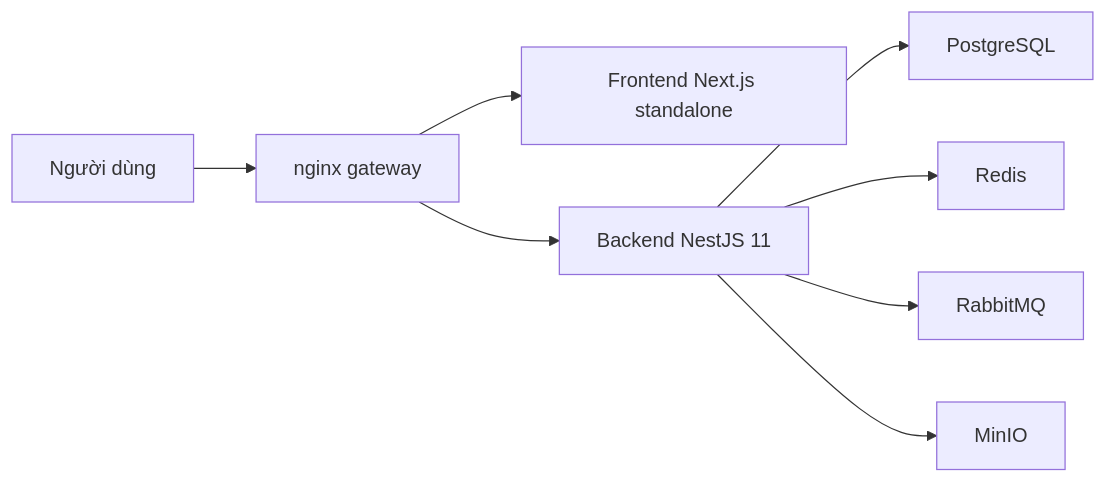
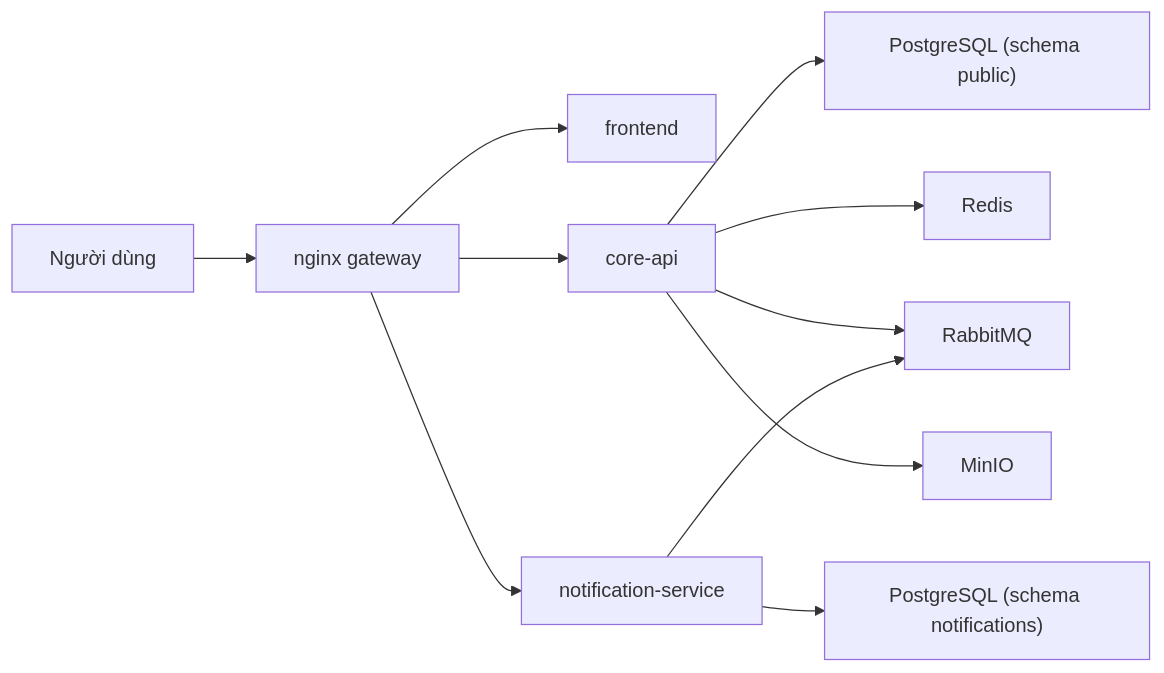
One commit to JasonTM17/CampusCore_FullStack_Individual changed the diagram in README.md. Above: the diagram before and after it, drawn with Mermaid. The commit also changed other lines of this file and 7 other files, not shown here.

````diff
--- a/README.md
+++ b/README.md
@@ -41,10 +25,13 @@
 ```mermaid
 flowchart LR
   U["Người dùng"] --> N["nginx gateway"]
-  N --> F["Frontend Next.js standalone"]
-  N --> B["Backend NestJS 11"]
-  B --> P["PostgreSQL"]
-  B --> R["Redis"]
-  B --> Q["RabbitMQ"]
-  B --> M["MinIO"]
+  N --> F["frontend"]
+  N --> C["core-api"]
+  N --> S["notification-service"]
+  C --> P["PostgreSQL (schema public)"]
+  S --> PN["PostgreSQL (schema notifications)"]
+  C --> R["Redis"]
+  C --> Q["RabbitMQ"]
+  S --> Q
+  C --> M["MinIO"]
 ```
````
